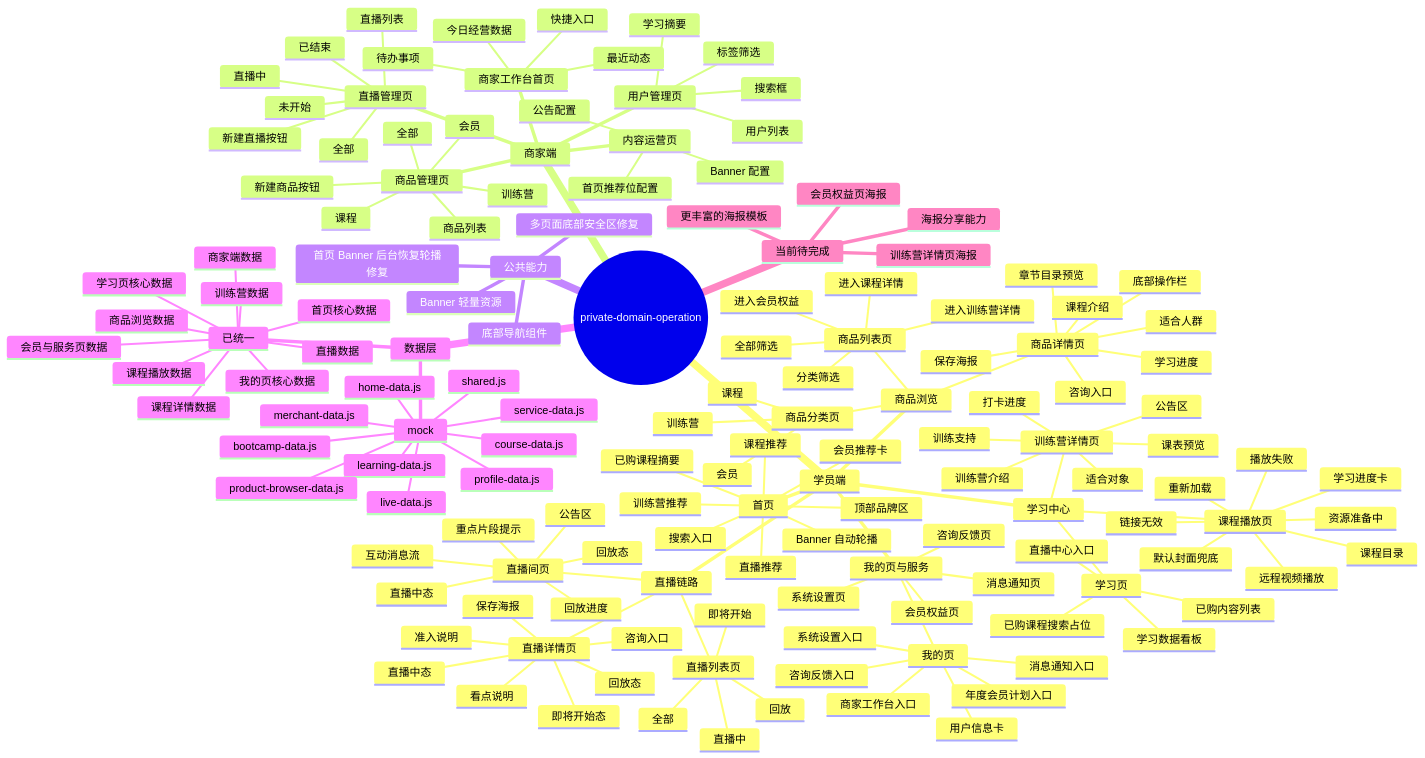
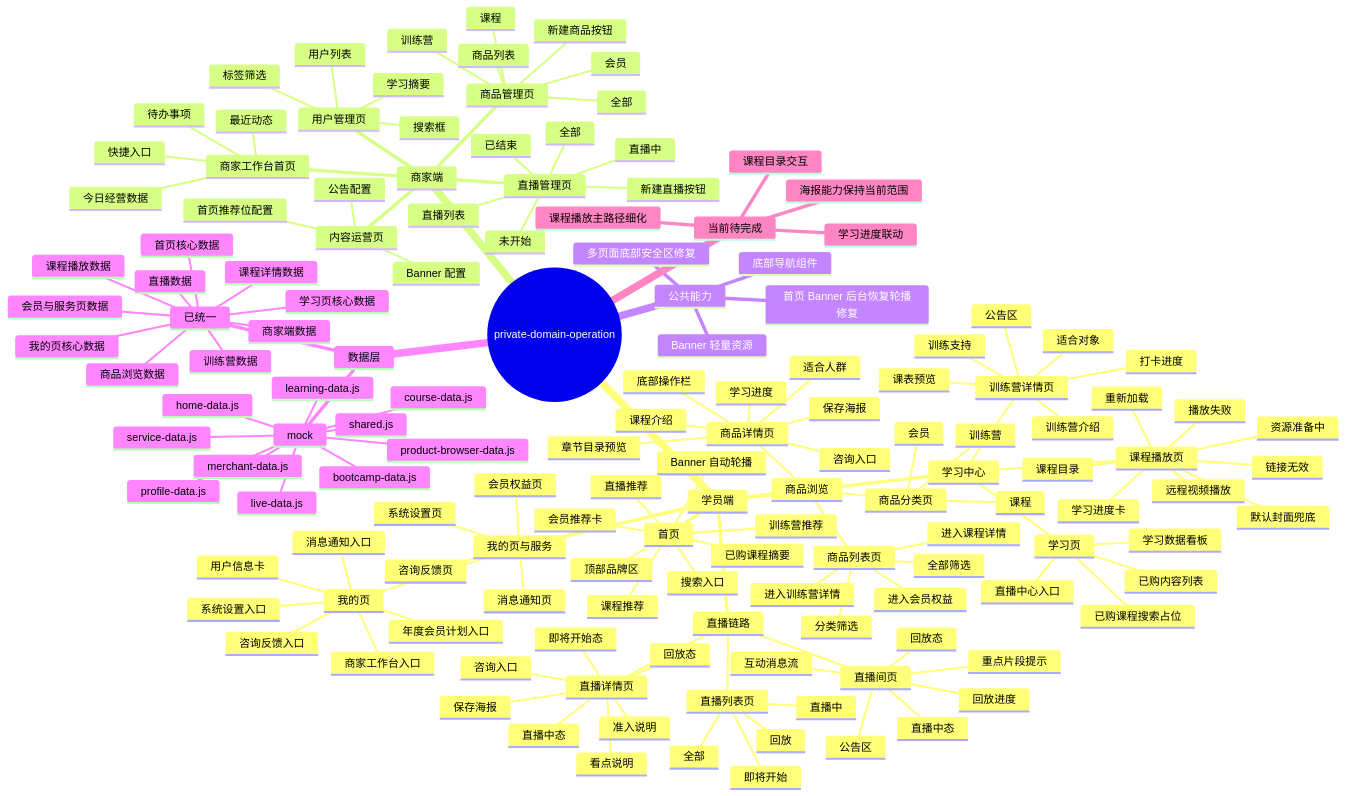
One commit to gerryyang2025/wechat-miniprogram changed the diagram in private-domain-operation/docs/FEATURE_MINDMAP.md. Above: the diagram before and after it, drawn with Mermaid. The commit also changed other lines of this file and 1 other file, not shown here.

````diff
--- a/private-domain-operation/docs/FEATURE_MINDMAP.md
+++ b/private-domain-operation/docs/FEATURE_MINDMAP.md
@@ -162,8 +162,8 @@
         商家端数据
         会员与服务页数据
     当前待完成
-      海报分享能力
-      训练营详情页海报
-      会员权益页海报
-      更丰富的海报模板
+      课程播放主路径细化
+      学习进度联动
+      课程目录交互
+      海报能力保持当前范围
 ```
````
